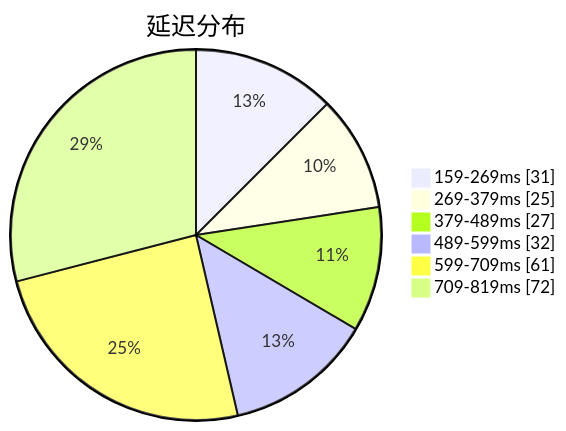
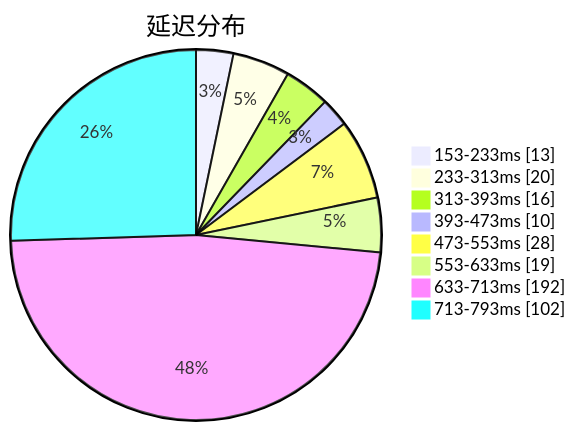
One commit to qjlxg/airport changed the first of 3 diagrams in subs/statistics/tested_within.md. Above: the diagram before and after it, drawn with Mermaid. The commit also changed other lines of this file and 2 other files, not shown here.

````diff
--- a/subs/statistics/tested_within.md
+++ b/subs/statistics/tested_within.md
@@ -2,10 +2,12 @@
 ```mermaid
 pie showData
 title 延迟分布
-"159-269ms" : 31
-"269-379ms" : 25
-"379-489ms" : 27
-"489-599ms" : 32
-"599-709ms" : 61
-"709-819ms" : 72
+"153-233ms" : 13
+"233-313ms" : 20
+"313-393ms" : 16
+"393-473ms" : 10
+"473-553ms" : 28
+"553-633ms" : 19
+"633-713ms" : 192
+"713-793ms" : 102
 ```
````
